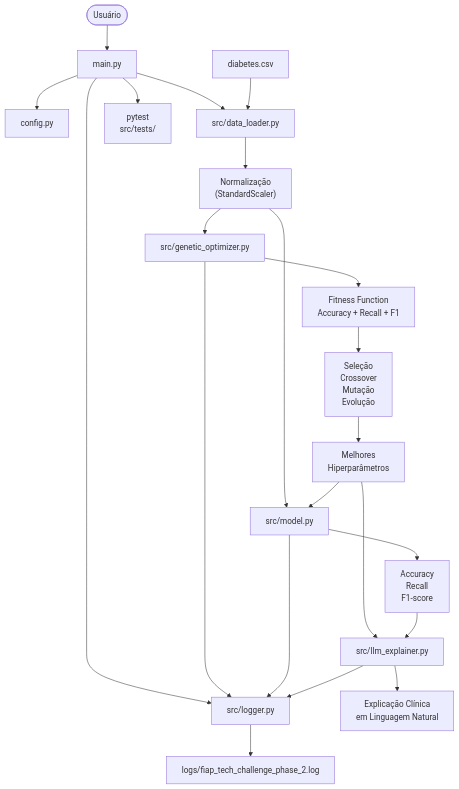
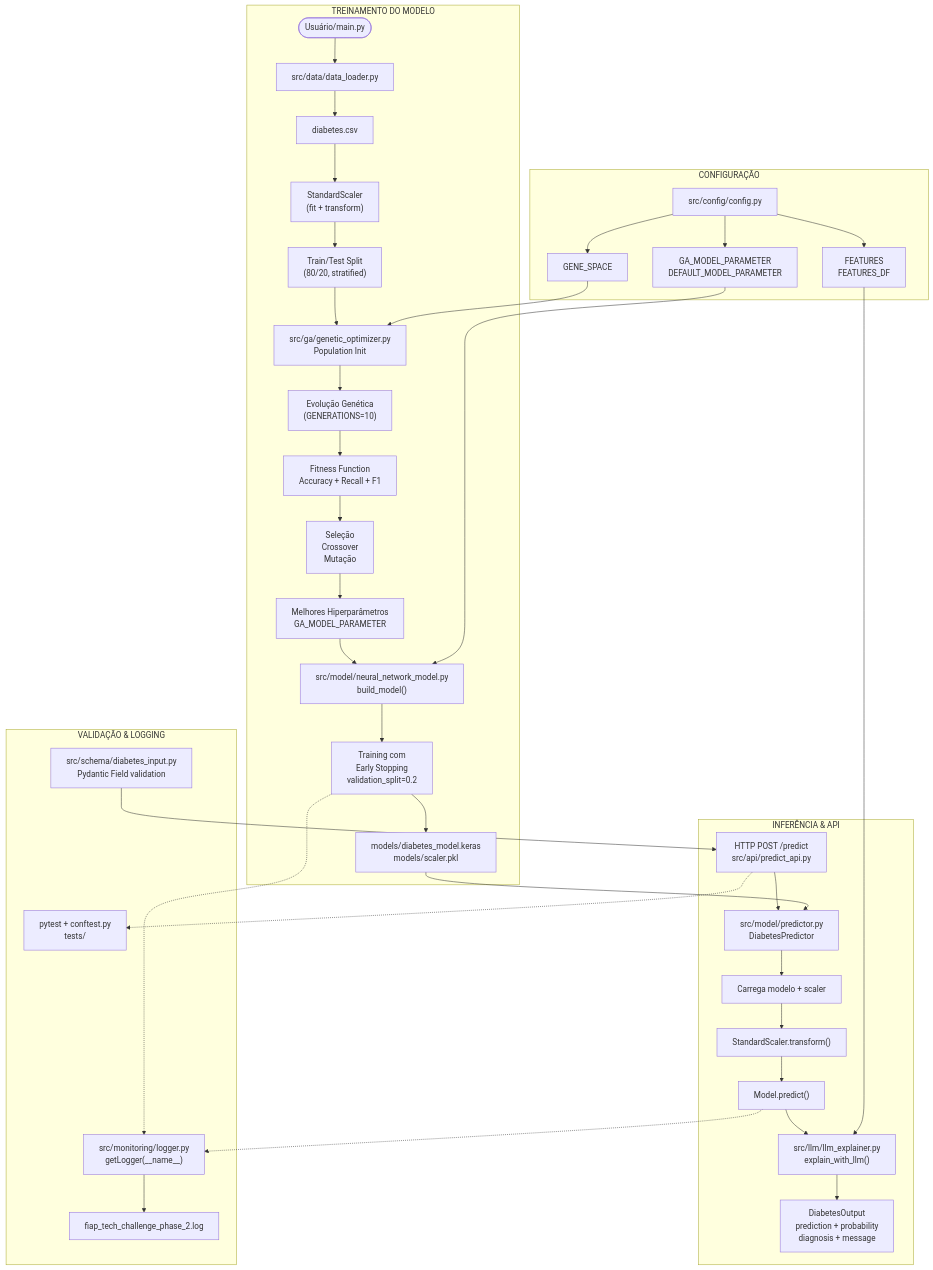
One commit to fernando-squads/fiap-tech-challenge-phase-2 changed the diagram in architecture/fiap_tech_challenge_phase_2.mmd. Above: the diagram before and after it, drawn with Mermaid. The commit also changed 4 other files, not shown here.

```diff
--- a/architecture/fiap_tech_challenge_phase_2.mmd
+++ b/architecture/fiap_tech_challenge_phase_2.mmd
@@ -1,14 +1,47 @@
 flowchart TB
-    User(["Usuário"]) --> CLI["main.py"]
-    CLI --> GeneSpace["config.py"] & DataLoader["src/data_loader.py"] & Logger["src/logger.py"] & Tests["pytest<br>src/tests/"]
-    Data["diabetes.csv"] --> DataLoader
-    DataLoader --> Preprocess["Normalização<br>(StandardScaler)"]
-    Preprocess --> GA["src/genetic_optimizer.py"] & OptimizedModel["src/model.py"]
-    GA --> Fitness["Fitness Function<br>Accuracy + Recall + F1"] & Logger
-    Fitness --> GAProcess["Seleção<br>Crossover<br>Mutação<br>Evolução"]
-    GAProcess --> BestParams["Melhores<br>Hiperparâmetros"]
-    BestParams --> OptimizedModel & LLM["src/llm_explainer.py"]
-    OptimizedModel --> FinalMetrics["Accuracy<br>Recall<br>F1-score"] & Logger
-    FinalMetrics --> LLM
-    LLM --> Explanation["Explicação Clínica<br>em Linguagem Natural"] & Logger
-    Logger --> Logs["logs/fiap_tech_challenge_phase_2.log"]
+    subgraph Training["TREINAMENTO DO MODELO"]
+        User(["Usuário/main.py"]) --> CLI["src/data/data_loader.py"]
+        CLI --> Data["diabetes.csv"]
+        Data --> Preprocess["StandardScaler<br>(fit + transform)"]
+        Preprocess --> Split["Train/Test Split<br>(80/20, stratified)"]
+        Split --> GAInit["src/ga/genetic_optimizer.py<br>Population Init"]
+        GAInit --> GA["Evolução Genética<br>(GENERATIONS=10)"]
+        GA --> Fitness["Fitness Function<br>Accuracy + Recall + F1"]
+        Fitness --> Selection["Seleção<br>Crossover<br>Mutação"]
+        Selection --> BestParams["Melhores Hiperparâmetros<br>GA_MODEL_PARAMETER"]
+        BestParams --> ModelBuild["src/model/neural_network_model.py<br>build_model()"]
+        ModelBuild --> Training_Phase["Training com<br>Early Stopping<br>validation_split=0.2"]
+        Training_Phase --> SaveArtifacts["models/diabetes_model.keras<br>models/scaler.pkl"]
+    end
+
+    subgraph Inference["INFERÊNCIA & API"]
+        Request["HTTP POST /predict<br>src/api/predict_api.py"] --> Predictor["src/model/predictor.py<br>DiabetesPredictor"]
+        Predictor --> LoadModel["Carrega modelo + scaler"]
+        LoadModel --> Scale["StandardScaler.transform()"]
+        Scale --> Predict["Model.predict()"]
+        Predict --> LLM["src/llm/llm_explainer.py<br>explain_with_llm()"]
+        LLM --> Response["DiabetesOutput<br>prediction + probability<br>diagnosis + message"]
+    end
+
+    subgraph Config["CONFIGURAÇÃO"]
+        ConfigFile["src/config/config.py"]
+        ConfigFile --> GENE_SPACE["GENE_SPACE"]
+        ConfigFile --> GA_PARAMS["GA_MODEL_PARAMETER<br>DEFAULT_MODEL_PARAMETER"]
+        ConfigFile --> FEATURES["FEATURES<br>FEATURES_DF"]
+    end
+
+    subgraph Validation["VALIDAÇÃO & LOGGING"]
+        Schema["src/schema/diabetes_input.py<br>Pydantic Field validation"]
+        Logger["src/monitoring/logger.py<br>getLogger(__name__)"]
+        Tests["pytest + conftest.py<br>tests/"]
+        Logger --> LogFile["fiap_tech_challenge_phase_2.log"]
+    end
+
+    SaveArtifacts --> Predictor
+    GENE_SPACE --> GAInit
+    GA_PARAMS --> ModelBuild
+    FEATURES --> LLM
+    Schema --> Request
+    Request -.-> Tests
+    Training_Phase -.-> Logger
+    Predict -.-> Logger
```
